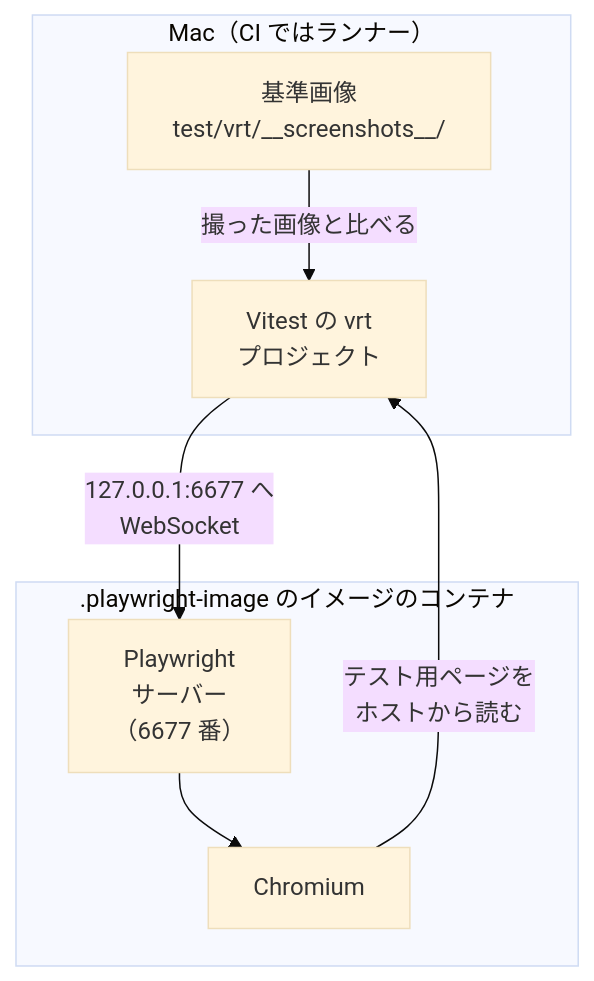
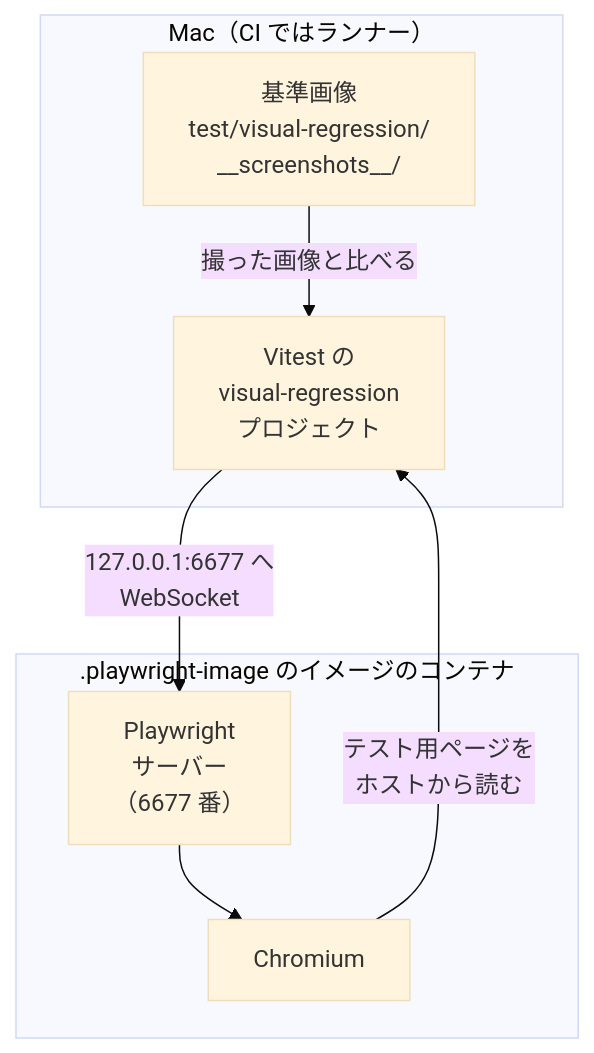
One commit to uraitakahito/hello-typescript-vitest changed the diagram in docs/ja/visual-regression.md. Above: the diagram before and after it, drawn with Mermaid (base theme). The commit also changed other lines of this file and 6 other files, not shown here.

First line of the commit message:
Use the visual-regression names in the docs

````diff
--- a/docs/ja/visual-regression.md
+++ b/docs/ja/visual-regression.md
@@ -7,13 +7,13 @@
 ```mermaid
 flowchart TB
   subgraph host["Mac（CI ではランナー）"]
-    reference["基準画像<br>test/vrt/__screenshots__/"]
-    vitest["Vitest の vrt<br>プロジェクト"]
+    reference["基準画像<br>test/visual-regression/<br>__screenshots__/"]
+    vitest["Vitest の<br>visual-regression<br>プロジェクト"]
   end
   subgraph box[".playwright-image のイメージのコンテナ"]
     server["Playwright<br>サーバー<br>（6677 番）"] --> chromium["Chromium"]
   end
   reference -- "撮った画像と比べる" --> vitest
   vitest -- "127.0.0.1:6677 へ<br>WebSocket" --> server
   chromium -- "テスト用ページを<br>ホストから読む" --> vitest
 ```
````
